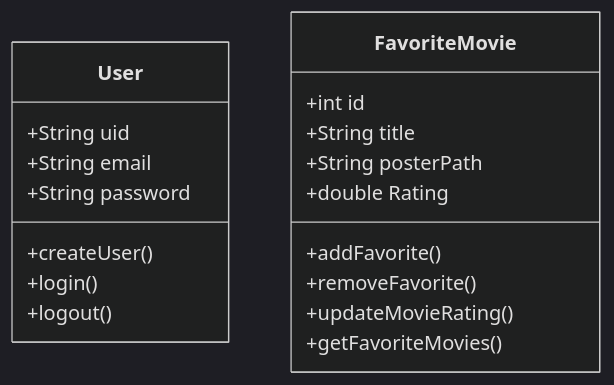
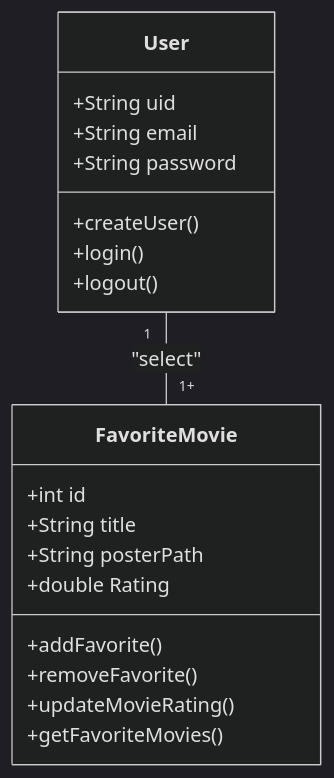
One commit to Marialu97/CursoMobile changed the first of 2 diagrams in Firebase/formativa_cine_favorite/README.md. Above: the diagram before and after it, drawn with Mermaid (dark theme). The commit also changed other lines of this file, not shown here.

````diff
--- a/Firebase/formativa_cine_favorite/README.md
+++ b/Firebase/formativa_cine_favorite/README.md
@@ -35,24 +35,25 @@
 ```mermaid
     
     classDiagram
         class User{
             +String uid
             +String email
             +String password
             +createUser()
             +login()
             +logout()
         }
 
         class FavoriteMovie{
             +int id
             +String title
             +String posterPath
             +double Rating
             +addFavorite()
             +removeFavorite()
             +updateMovieRating()
             +getFavoriteMovies()
         }
 
+        User "1"--"1+" FavoriteMovie: "select"
 ```
````
